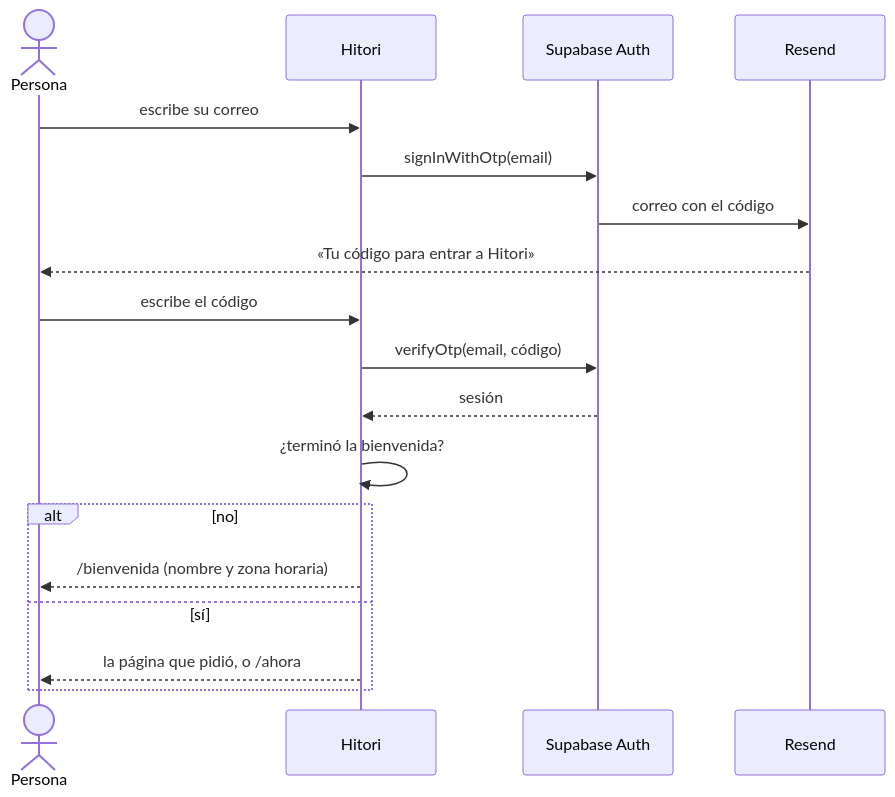
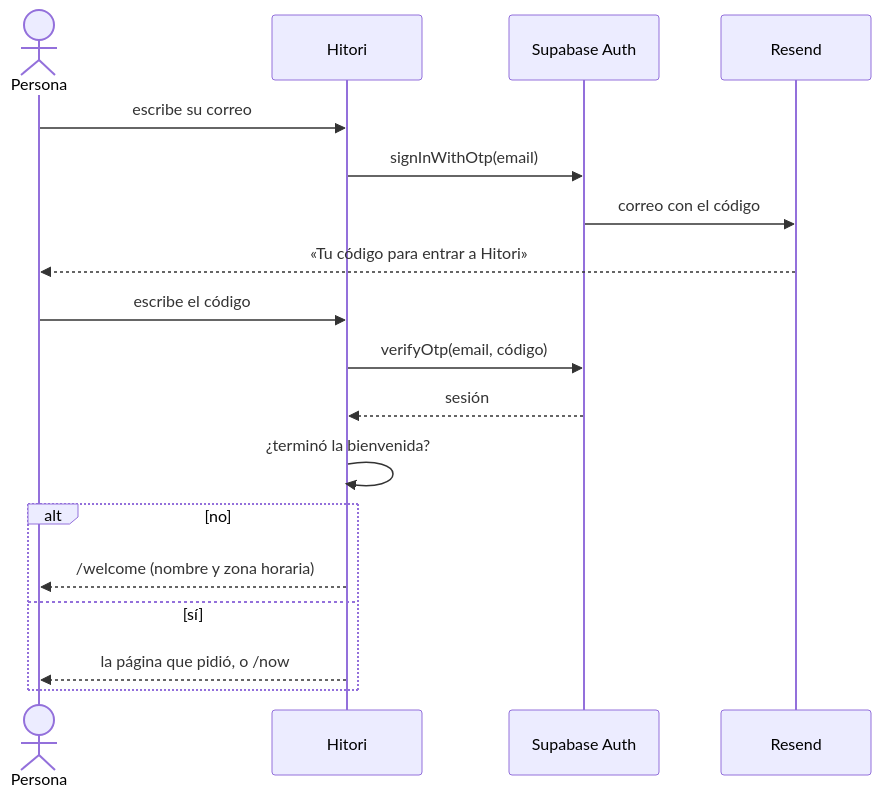
Before and after one commit to ecarcamo/Hitori: the diagram in docs/auth.md, drawn with Mermaid. The commit also changed other lines of this file and 19 other files, not shown here.

````diff
--- a/docs/auth.md
+++ b/docs/auth.md
@@ -8,20 +8,20 @@
 ```mermaid
 sequenceDiagram
     actor P as Persona
     participant A as Hitori
     participant S as Supabase Auth
     participant R as Resend
     P->>A: escribe su correo
     A->>S: signInWithOtp(email)
     S->>R: correo con el código
     R-->>P: «Tu código para entrar a Hitori»
     P->>A: escribe el código
     A->>S: verifyOtp(email, código)
     S-->>A: sesión
     A->>A: ¿terminó la bienvenida?
     alt no
-        A-->>P: /bienvenida (nombre y zona horaria)
+        A-->>P: /welcome (nombre y zona horaria)
     else sí
-        A-->>P: la página que pidió, o /ahora
+        A-->>P: la página que pidió, o /now
     end
 ```
````
